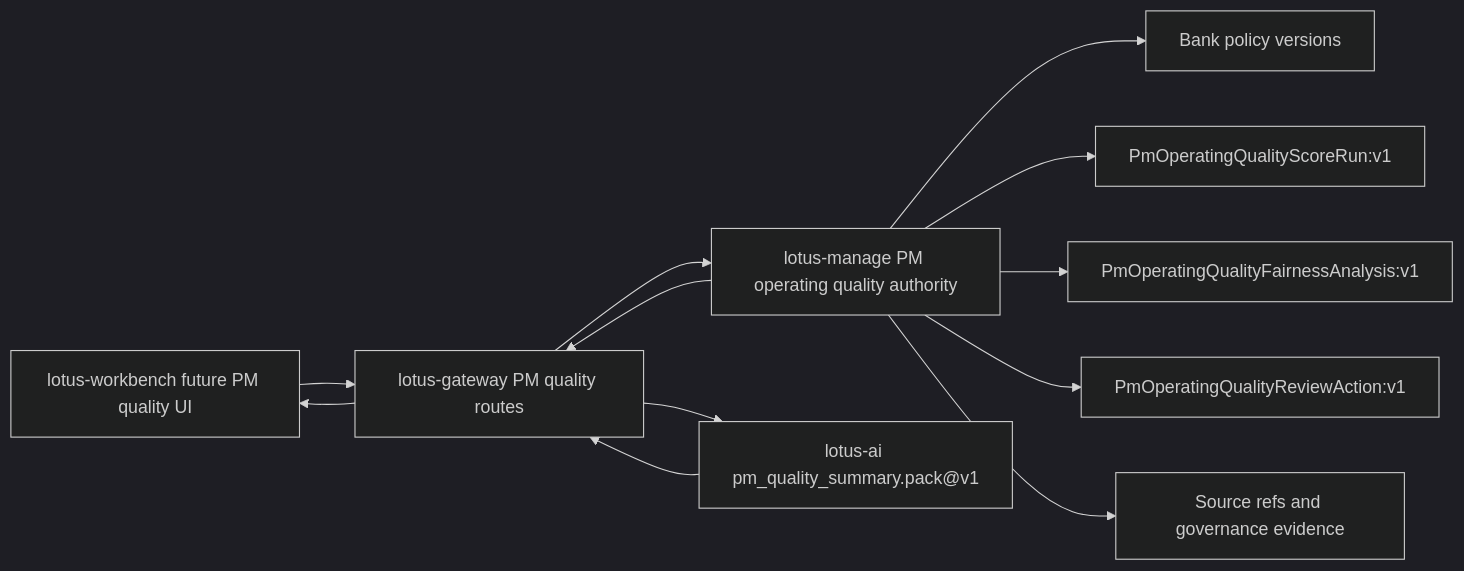
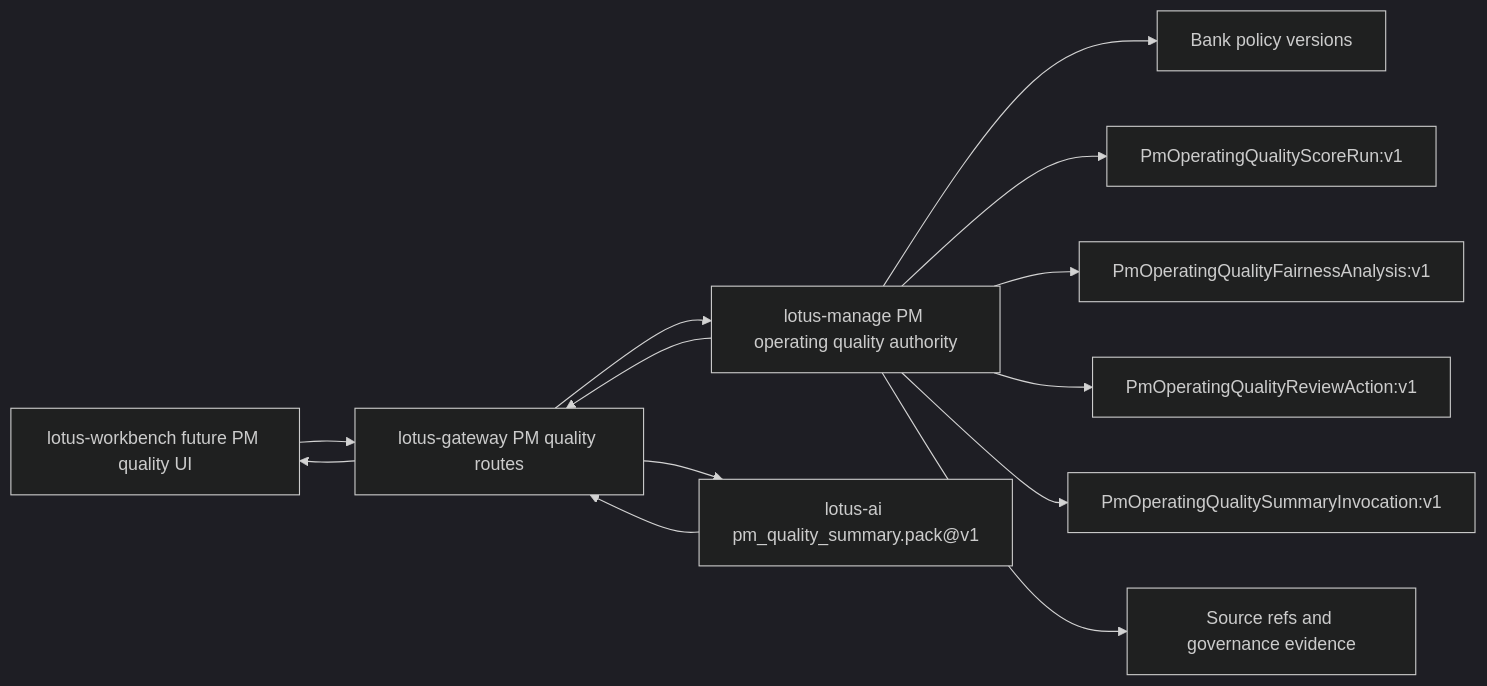
The fourth of 8 diagrams in wiki/Supported-Features.md (sgajbi/lotus-gateway), drawn with Mermaid (dark theme) before and after one commit. The commit also changed other lines of this file and 13 other files, not shown here.

Commit message:
feat: expose pm quality summary invocations

````diff
--- a/wiki/Supported-Features.md
+++ b/wiki/Supported-Features.md
@@ -218,14 +224,15 @@
 ```mermaid
 flowchart LR
     Workbench[lotus-workbench future PM quality UI] --> Gateway[lotus-gateway PM quality routes]
     Gateway --> Manage[lotus-manage PM operating quality authority]
     Gateway --> AI[lotus-ai pm_quality_summary.pack@v1]
     Manage --> Policy[Bank policy versions]
     Manage --> ScoreRun[PmOperatingQualityScoreRun:v1]
     Manage --> Fairness[PmOperatingQualityFairnessAnalysis:v1]
     Manage --> ReviewAction[PmOperatingQualityReviewAction:v1]
+    Manage --> SummaryInvocation[PmOperatingQualitySummaryInvocation:v1]
     Manage --> Sources[Source refs and governance evidence]
     Manage --> Gateway
     AI --> Gateway
     Gateway --> Workbench
 ```
````
